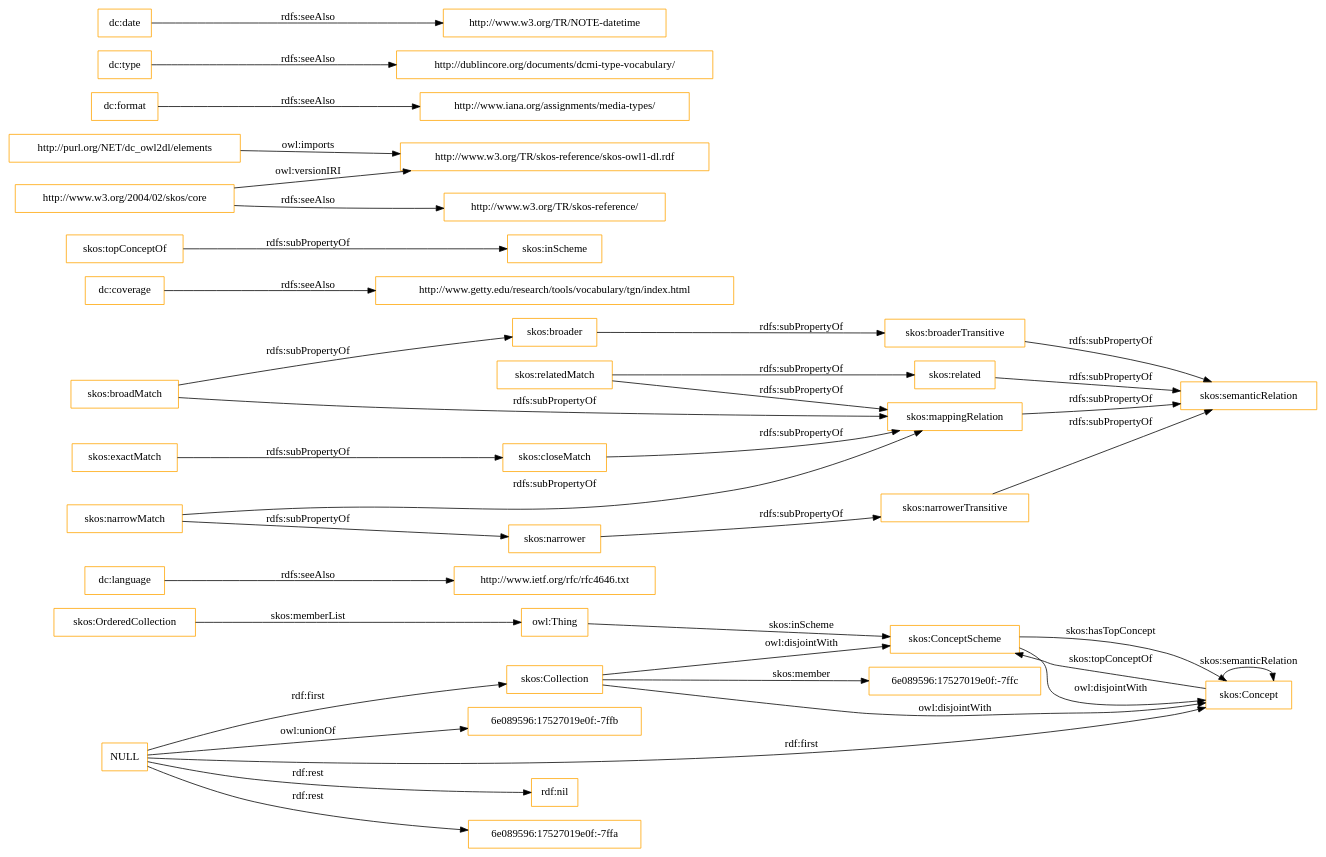
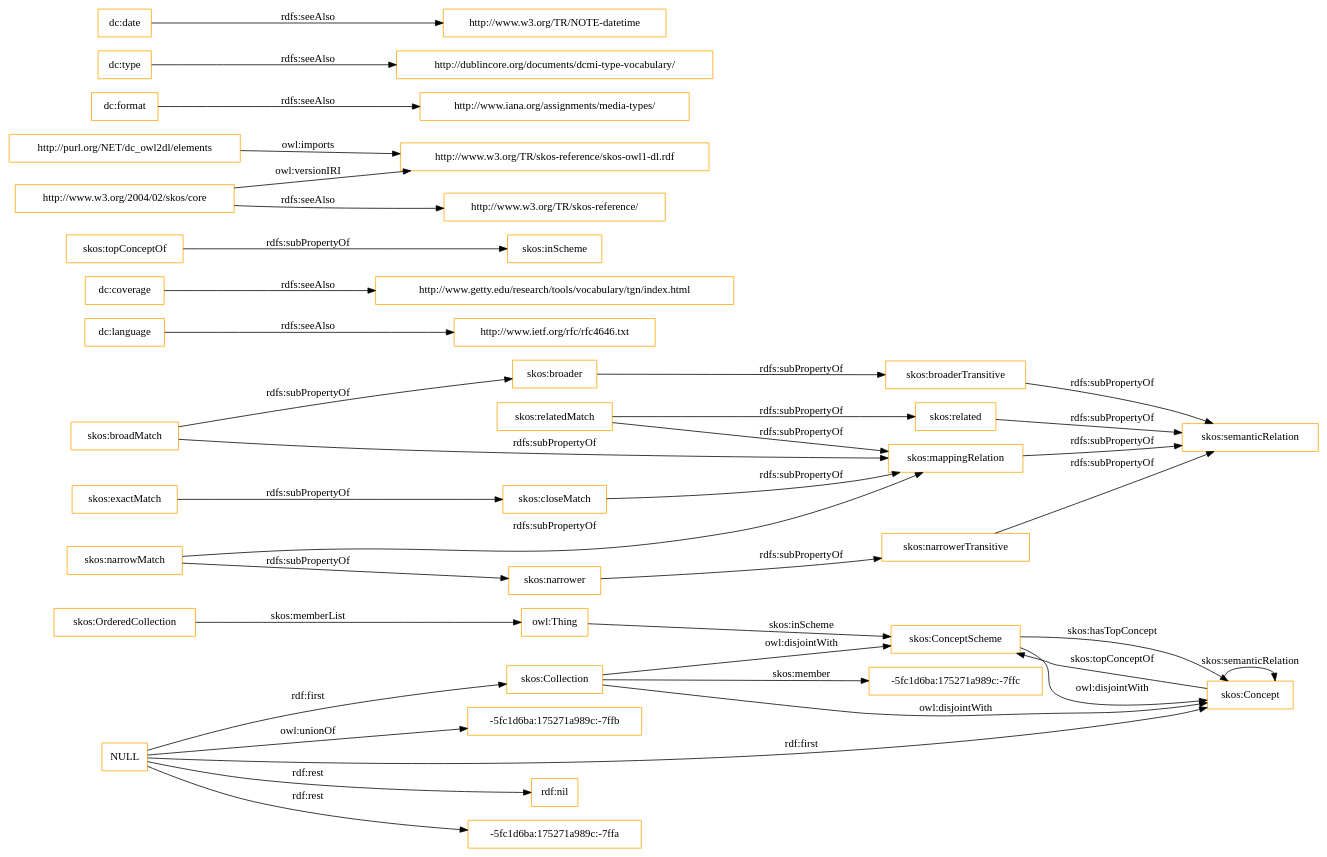
One commit to OnToologyUser/core-ontology-1 changed the diagram in OnToology/imports/elements.owl/diagrams/ar2dtool-class/elements.owl.png.dot. Above: the diagram before and after it, drawn with Graphviz. The commit also changed 14 other files, not shown here.

```diff
--- a/OnToology/imports/elements.owl/diagrams/ar2dtool-class/elements.owl.png.dot
+++ b/OnToology/imports/elements.owl/diagrams/ar2dtool-class/elements.owl.png.dot
@@ -1,43 +1,43 @@
 digraph ar2dtool_diagram { 
 rankdir=LR;
 size="1501"
-node [shape = rectangle, color="orange"]; "6e089596:17527019e0f:-7ffc" "skos:OrderedCollection" "skos:Collection" "skos:ConceptScheme" "skos:Concept" ; /*classes style*/
+node [shape = rectangle, color="orange"]; "-5fc1d6ba:175271a989c:-7ffc" "skos:OrderedCollection" "skos:Collection" "skos:ConceptScheme" "skos:Concept" ; /*classes style*/
+	"skos:narrowerTransitive" -> "skos:semanticRelation" [ label = "rdfs:subPropertyOf" ];
 	"dc:language" -> "http://www.ietf.org/rfc/rfc4646.txt" [ label = "rdfs:seeAlso" ];
-	"NULL" -> "rdf:nil" [ label = "rdf:rest" ];
-	"NULL" -> "skos:Collection" [ label = "rdf:first" ];
-	"NULL" -> "6e089596:17527019e0f:-7ffa" [ label = "rdf:rest" ];
-	"NULL" -> "skos:Concept" [ label = "rdf:first" ];
-	"NULL" -> "6e089596:17527019e0f:-7ffb" [ label = "owl:unionOf" ];
 	"skos:closeMatch" -> "skos:mappingRelation" [ label = "rdfs:subPropertyOf" ];
 	"dc:coverage" -> "http://www.getty.edu/research/tools/vocabulary/tgn/index.html" [ label = "rdfs:seeAlso" ];
 	"skos:relatedMatch" -> "skos:related" [ label = "rdfs:subPropertyOf" ];
 	"skos:relatedMatch" -> "skos:mappingRelation" [ label = "rdfs:subPropertyOf" ];
 	"skos:ConceptScheme" -> "skos:Concept" [ label = "owl:disjointWith" ];
 	"skos:related" -> "skos:semanticRelation" [ label = "rdfs:subPropertyOf" ];
 	"skos:topConceptOf" -> "skos:inScheme" [ label = "rdfs:subPropertyOf" ];
 	"skos:broadMatch" -> "skos:broader" [ label = "rdfs:subPropertyOf" ];
 	"skos:broadMatch" -> "skos:mappingRelation" [ label = "rdfs:subPropertyOf" ];
 	"http://purl.org/NET/dc_owl2dl/elements" -> "http://www.w3.org/TR/skos-reference/skos-owl1-dl.rdf" [ label = "owl:imports" ];
 	"skos:exactMatch" -> "skos:closeMatch" [ label = "rdfs:subPropertyOf" ];
 	"dc:format" -> "http://www.iana.org/assignments/media-types/" [ label = "rdfs:seeAlso" ];
 	"skos:broaderTransitive" -> "skos:semanticRelation" [ label = "rdfs:subPropertyOf" ];
 	"dc:type" -> "http://dublincore.org/documents/dcmi-type-vocabulary/" [ label = "rdfs:seeAlso" ];
 	"skos:broader" -> "skos:broaderTransitive" [ label = "rdfs:subPropertyOf" ];
 	"skos:mappingRelation" -> "skos:semanticRelation" [ label = "rdfs:subPropertyOf" ];
 	"http://www.w3.org/2004/02/skos/core" -> "http://www.w3.org/TR/skos-reference/skos-owl1-dl.rdf" [ label = "owl:versionIRI" ];
 	"http://www.w3.org/2004/02/skos/core" -> "http://www.w3.org/TR/skos-reference/" [ label = "rdfs:seeAlso" ];
 	"skos:Collection" -> "skos:ConceptScheme" [ label = "owl:disjointWith" ];
 	"skos:Collection" -> "skos:Concept" [ label = "owl:disjointWith" ];
 	"skos:narrowMatch" -> "skos:narrower" [ label = "rdfs:subPropertyOf" ];
 	"skos:narrowMatch" -> "skos:mappingRelation" [ label = "rdfs:subPropertyOf" ];
 	"skos:narrower" -> "skos:narrowerTransitive" [ label = "rdfs:subPropertyOf" ];
 	"dc:date" -> "http://www.w3.org/TR/NOTE-datetime" [ label = "rdfs:seeAlso" ];
-	"skos:narrowerTransitive" -> "skos:semanticRelation" [ label = "rdfs:subPropertyOf" ];
+	"NULL" -> "rdf:nil" [ label = "rdf:rest" ];
+	"NULL" -> "skos:Collection" [ label = "rdf:first" ];
+	"NULL" -> "-5fc1d6ba:175271a989c:-7ffa" [ label = "rdf:rest" ];
+	"NULL" -> "skos:Concept" [ label = "rdf:first" ];
+	"NULL" -> "-5fc1d6ba:175271a989c:-7ffb" [ label = "owl:unionOf" ];
 	"skos:OrderedCollection" -> "owl:Thing" [ label = "skos:memberList" ];
 	"skos:Concept" -> "skos:ConceptScheme" [ label = "skos:topConceptOf" ];
 	"skos:Concept" -> "skos:Concept" [ label = "skos:semanticRelation" ];
-	"skos:Collection" -> "6e089596:17527019e0f:-7ffc" [ label = "skos:member" ];
+	"skos:Collection" -> "-5fc1d6ba:175271a989c:-7ffc" [ label = "skos:member" ];
 	"skos:ConceptScheme" -> "skos:Concept" [ label = "skos:hasTopConcept" ];
 	"owl:Thing" -> "skos:ConceptScheme" [ label = "skos:inScheme" ];
 
 }
```
